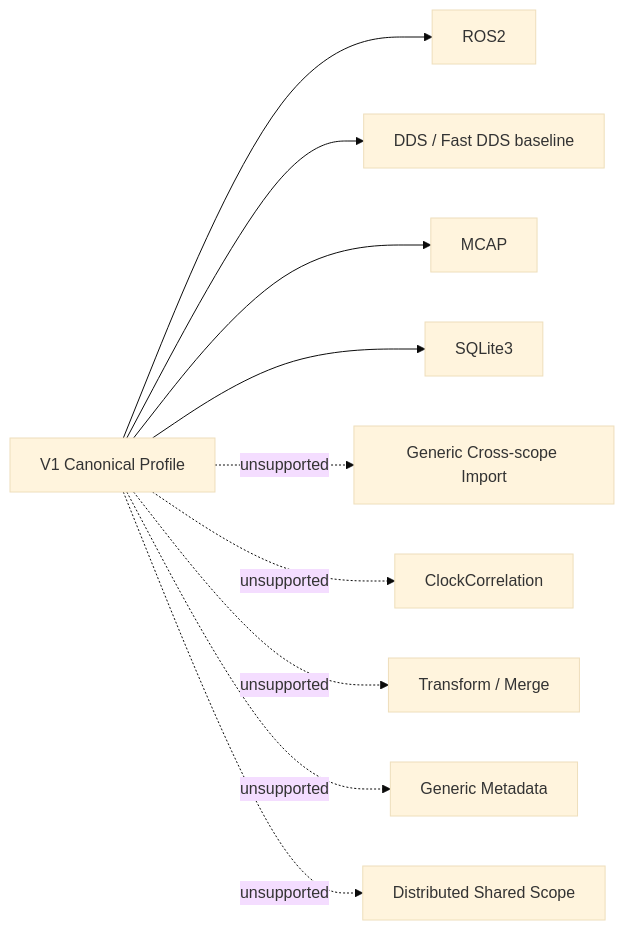
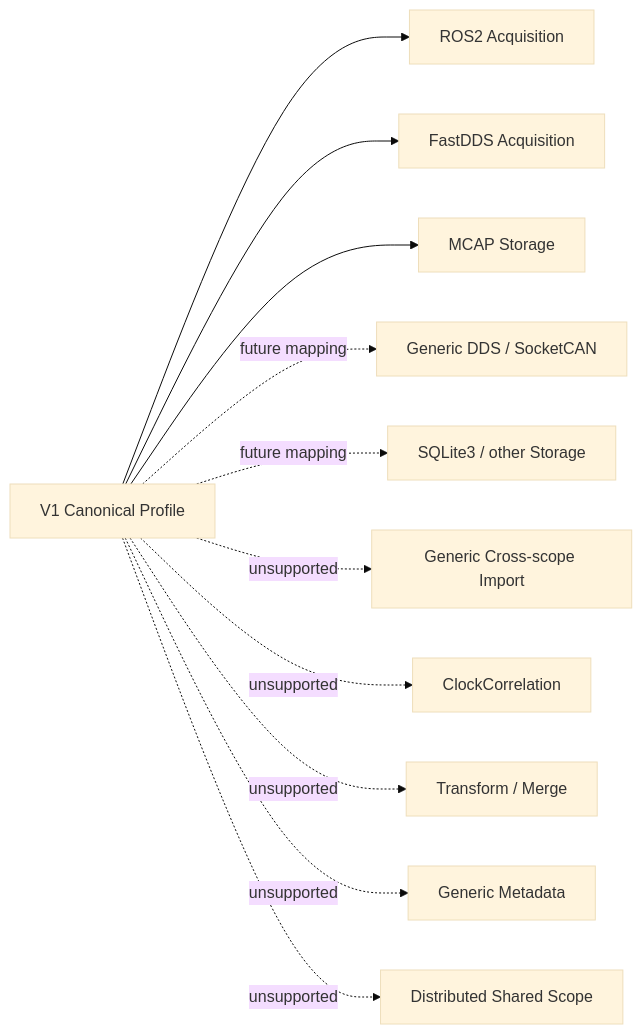
One commit to SiYueY/rodaq changed the fourth of 5 diagrams in docs/design/canonical_profile.md. Above: the diagram before and after it, drawn with Mermaid (base theme). The commit also changed other lines of this file and 17 other files, not shown here.

Commit message:
docs: converge V1 acquisition and MCAP interoperability

````diff
--- a/docs/design/canonical_profile.md
+++ b/docs/design/canonical_profile.md
@@ -2818,16 +2778,17 @@
 ```mermaid
 flowchart LR
     V1[V1 Canonical Profile]
 
-    V1 --> ROS2[ROS2]
-    V1 --> DDS[DDS / Fast DDS baseline]
+    V1 --> ROS2[ROS2 Acquisition]
+    V1 --> FDD[FastDDS Acquisition]
 
-    V1 --> MCAP[MCAP]
-    V1 --> SQL[SQLite3]
+    V1 --> MCAP[MCAP Storage]
+    V1 -. future mapping .-> GDDS[Generic DDS / SocketCAN]
+    V1 -. future mapping .-> SQL[SQLite3 / other Storage]
 
     V1 -. unsupported .-> IMPORT[Generic Cross-scope Import]
     V1 -. unsupported .-> CORR[ClockCorrelation]
     V1 -. unsupported .-> TRANS[Transform / Merge]
     V1 -. unsupported .-> META[Generic Metadata]
     V1 -. unsupported .-> DIST[Distributed Shared Scope]
 ```
````
